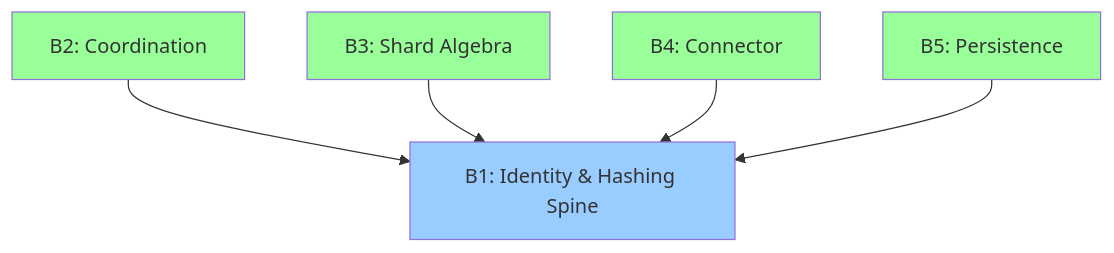
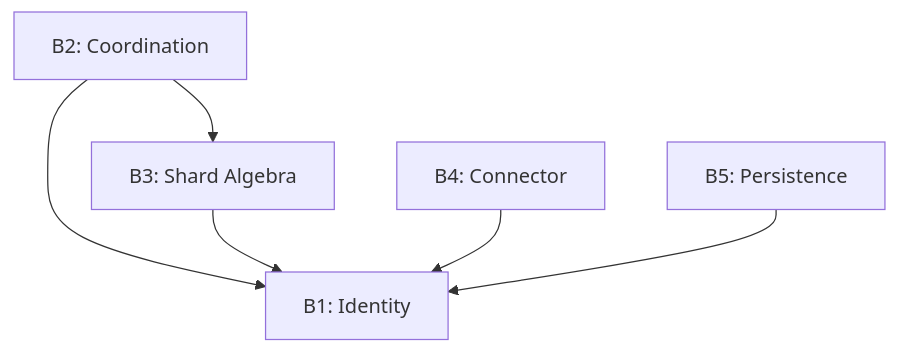
One commit to ahrav/gossip-rs-learning-guide changed the first of 2 diagrams in 00-prologue/03-architecture-at-a-glance.md. Above: the diagram before and after it, drawn with Mermaid. The commit also changed other lines of this file and 2 other files, not shown here.

````diff
--- a/00-prologue/03-architecture-at-a-glance.md
+++ b/00-prologue/03-architecture-at-a-glance.md
@@ -7,19 +7,14 @@
 ```mermaid
 graph TD
-    B1[B1: Identity & Hashing Spine]
+    B1[B1: Identity]
     B2[B2: Coordination]
     B3[B3: Shard Algebra]
     B4[B4: Connector]
     B5[B5: Persistence]
 
     B2 --> B1
     B3 --> B1
     B4 --> B1
     B5 --> B1
-
-    style B1 fill:#99ccff
-    style B2 fill:#99ff99
-    style B3 fill:#99ff99
-    style B4 fill:#99ff99
-    style B5 fill:#99ff99
+    B2 --> B3
 ```
````
